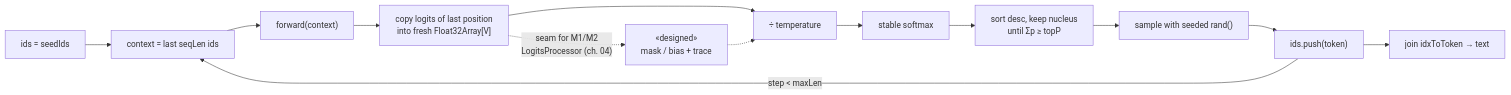
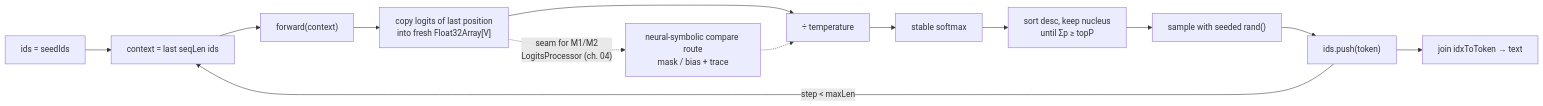
Before and after one commit to nhan03bit/neural_symbolic_nlp: diagram 15 of 17 in docs/architecture.md, drawn with Mermaid. The commit also changed other lines of this file and 32 other files, not shown here.

````diff
--- a/docs/architecture.md
+++ b/docs/architecture.md
@@ -834,15 +834,15 @@
 ```mermaid
 flowchart LR
   A["ids = seedIds"] --> B["context = last seqLen ids"]
   B --> C["forward(context)"]
   C --> D["copy logits of last position<br/>into fresh Float32Array[V]"]
-  D -. "seam for M1/M2<br/>LogitsProcessor (ch. 04)" .-> D2["«designed»<br/>mask / bias + trace"]
+  D -. "seam for M1/M2<br/>LogitsProcessor (ch. 04)" .-> D2["neural-symbolic compare route<br/>mask / bias + trace"]
   D --> E["÷ temperature"]
   D2 -.-> E
   E --> F["stable softmax"]
   F --> G["sort desc, keep nucleus<br/>until Σp ≥ topP"]
   G --> H["sample with seeded rand()"]
   H --> I["ids.push(token)"]
   I -->|"step < maxLen"| B
   I --> J["join idxToToken → text"]
 ```
````
